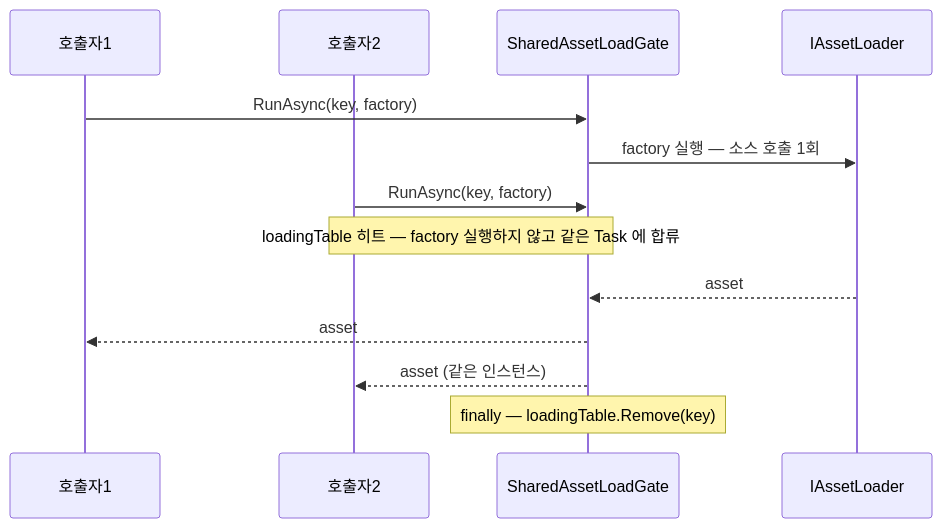
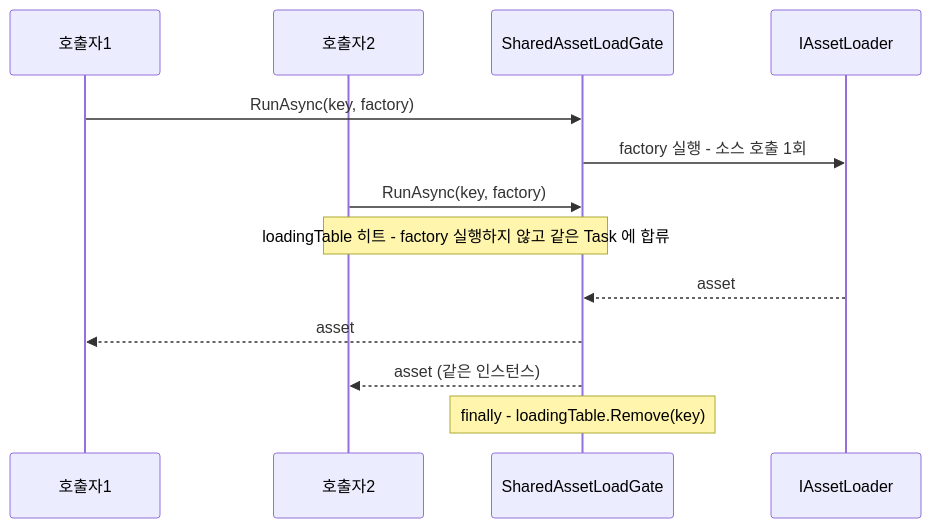
Before and after one commit to HoHong123/HCUP-Unity: the third of 3 diagrams in HResource/docs/Load.md, drawn with Mermaid. The commit also changed other lines of this file, not shown here.

````diff
--- a/HResource/docs/Load.md
+++ b/HResource/docs/Load.md
@@ -161,16 +161,16 @@
 ```mermaid
 sequenceDiagram
     participant C1 as 호출자1
     participant C2 as 호출자2
     participant G as SharedAssetLoadGate
     participant L as IAssetLoader
 
     C1->>G: RunAsync(key, factory)
-    G->>L: factory 실행 — 소스 호출 1회
+    G->>L: factory 실행 - 소스 호출 1회
     C2->>G: RunAsync(key, factory)
-    Note over G,C2: loadingTable 히트 — factory 실행하지 않고 같은 Task 에 합류
+    Note over G,C2: loadingTable 히트 - factory 실행하지 않고 같은 Task 에 합류
     L-->>G: asset
     G-->>C1: asset
     G-->>C2: asset (같은 인스턴스)
-    Note over G: finally — loadingTable.Remove(key)
+    Note over G: finally - loadingTable.Remove(key)
 ```
````
